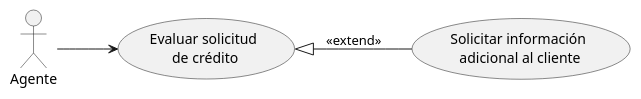
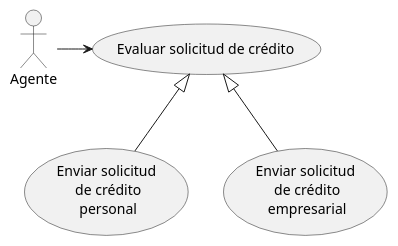
One commit to tatianagarijo/UMLCasosUsoTatianaGarijo changed the diagram in src/Diagrmas_TGA.puml. Above: the diagram before and after it, drawn with PlantUML. The commit also changed 3 other files, not shown here.

```diff
--- a/src/Diagrmas_TGA.puml
+++ b/src/Diagrmas_TGA.puml
@@ -1,11 +1,12 @@
 @startuml
-    left to right direction
-
-    usecase "Evaluar solicitud\n de crédito" as uc1
-    usecase "Solicitar información\n adicional al cliente" as uc2
 
     :Agente: as agn
 
-    agn --> uc1
-    uc1 <|-- uc2 : <<extend>>
+    usecase "  Evaluar solicitud de crédito " as uc1
+    usecase "Enviar solicitud\n de crédito\n personal" as uc2
+    usecase "Enviar solicitud\n de crédito\n empresarial" as uc3
+
+    agn -right-> uc1
+    uc1 <|-- uc2
+    uc1 <|-- uc3
 @enduml
```
